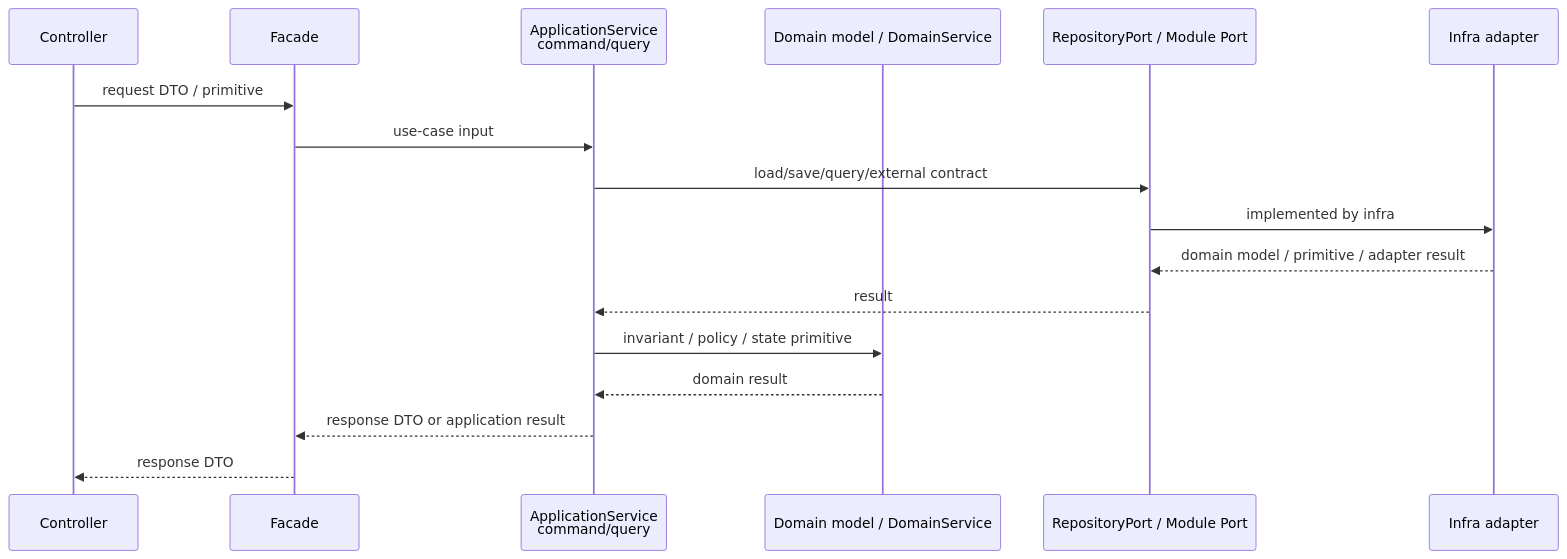
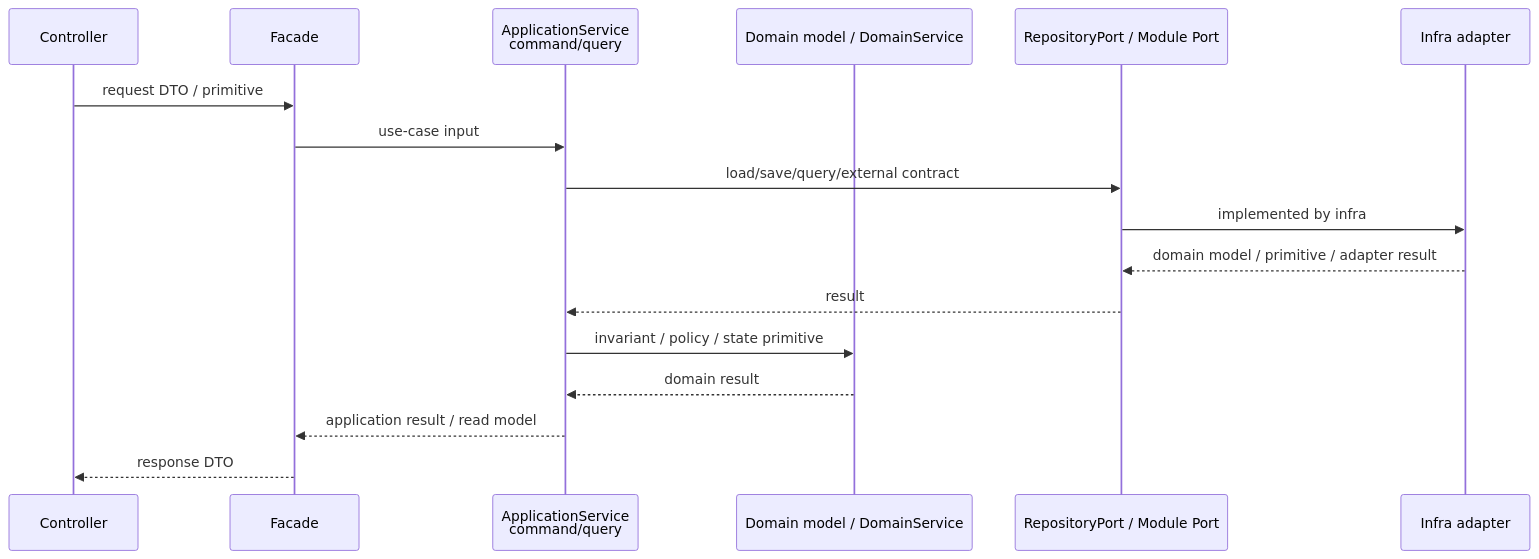
One commit to TEAM-BEAT/BEAT-SERVER changed the third of 6 diagrams in admin/README.md. Above: the diagram before and after it, drawn with Mermaid. The commit also changed other lines of this file and 35 other files, not shown here.

````diff
--- a/admin/README.md
+++ b/admin/README.md
@@ -284,20 +289,20 @@
 ```mermaid
 sequenceDiagram
     participant C as Controller
     participant F as Facade
     participant A as ApplicationService<br/>command/query
     participant D as Domain model / DomainService
     participant P as RepositoryPort / Module Port
     participant I as Infra adapter
 
     C->>F: request DTO / primitive
     F->>A: use-case input
     A->>P: load/save/query/external contract
     P->>I: implemented by infra
     I-->>P: domain model / primitive / adapter result
     P-->>A: result
     A->>D: invariant / policy / state primitive
     D-->>A: domain result
-    A-->>F: response DTO or application result
+    A-->>F: application result / read model
     F-->>C: response DTO
 ```
````
